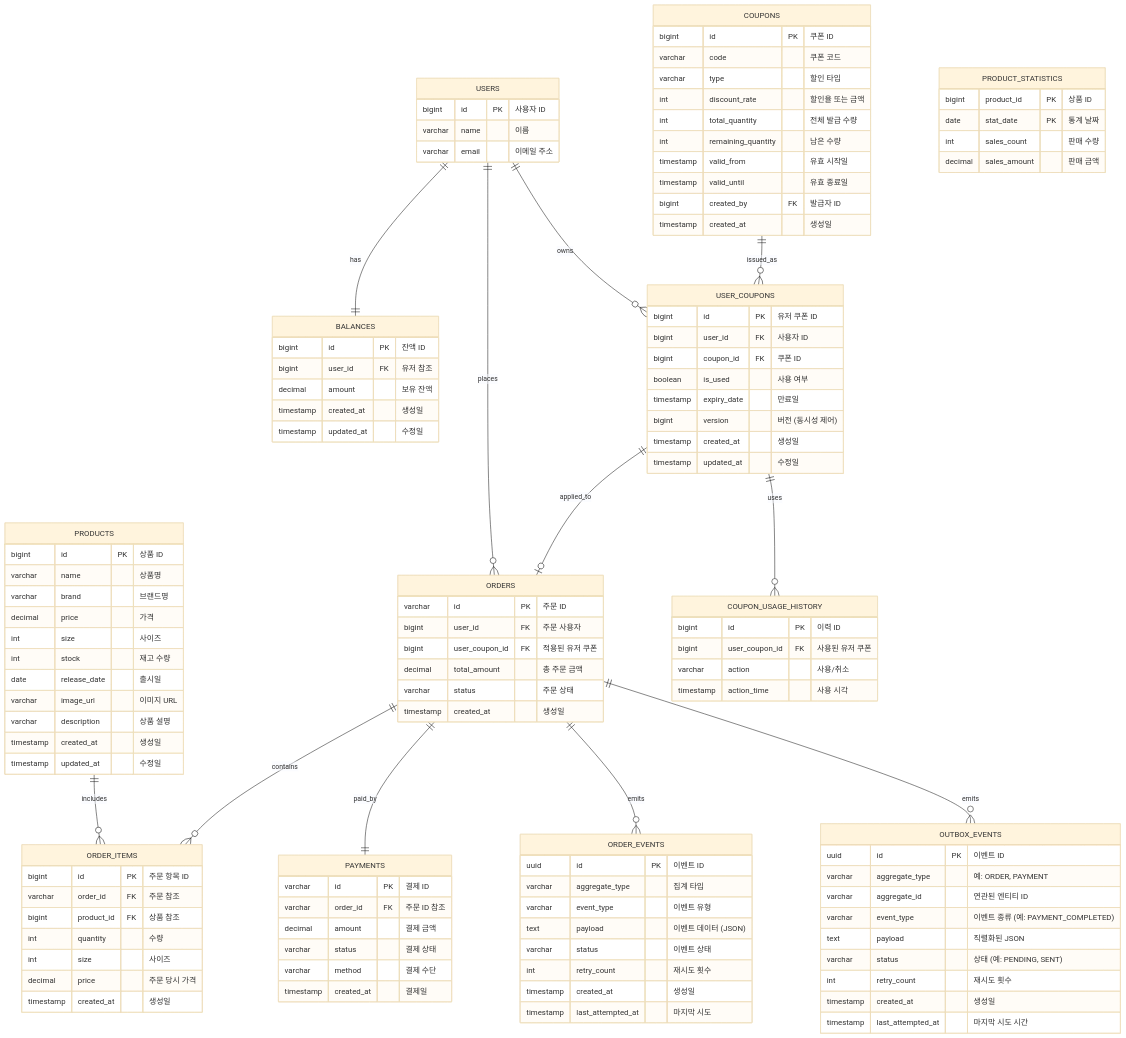
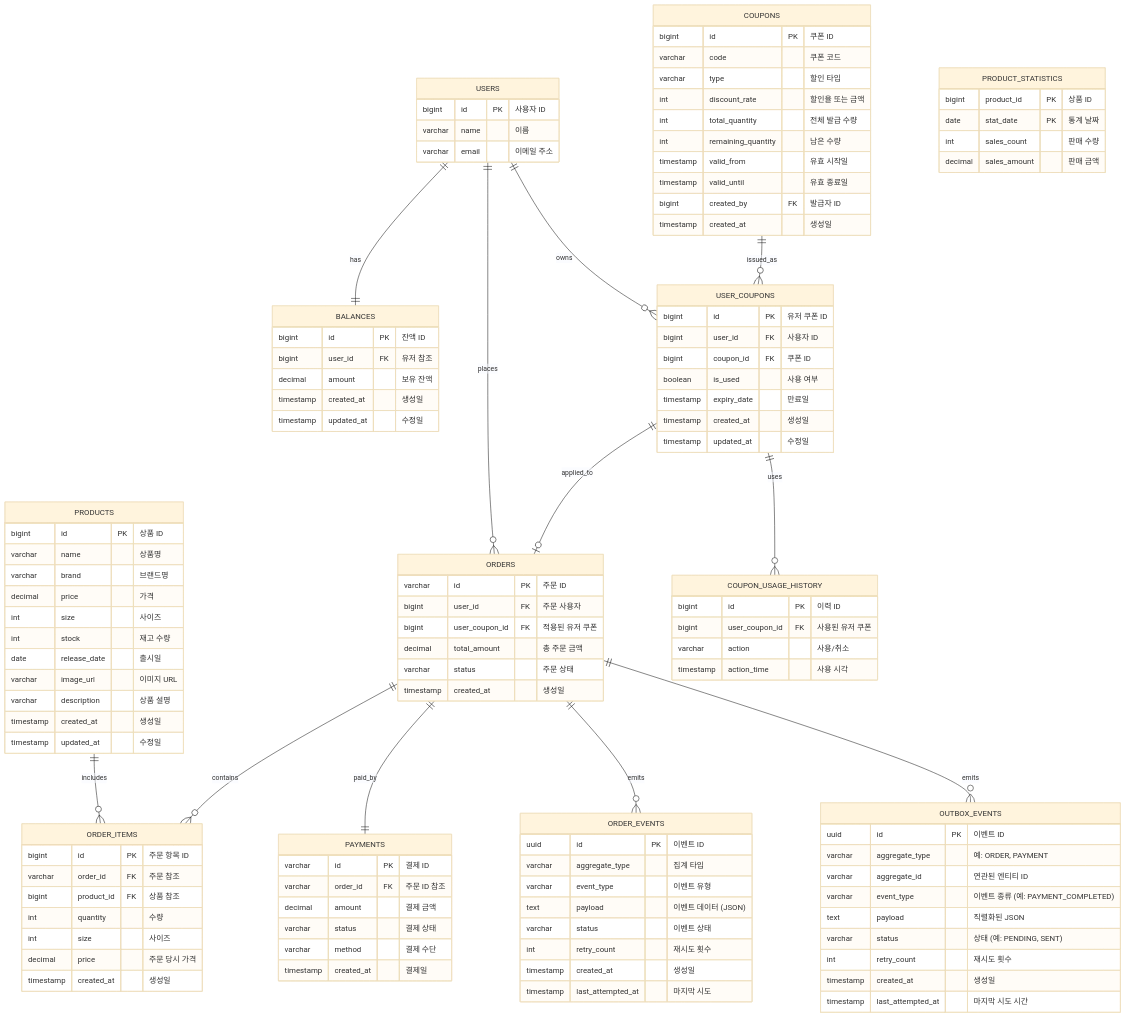
The diagram in docs/er-diagram/er-diagram.md (thedev-junyoung/hanghae-plus-3wd), drawn with Mermaid (base theme) before and after one commit.

Commit message:
refactor: ERD 수정

```diff
--- a/docs/er-diagram/er-diagram.md
+++ b/docs/er-diagram/er-diagram.md
@@ -106,7 +106,7 @@
         bigint coupon_id FK "쿠폰 ID"
         boolean is_used "사용 여부"
         timestamp expiry_date "만료일"
-        bigint version "버전 (동시성 제어)"
+%%        bigint version "버전 (동시성 제어)"
         timestamp created_at "생성일"
         timestamp updated_at "수정일"
     }
```
